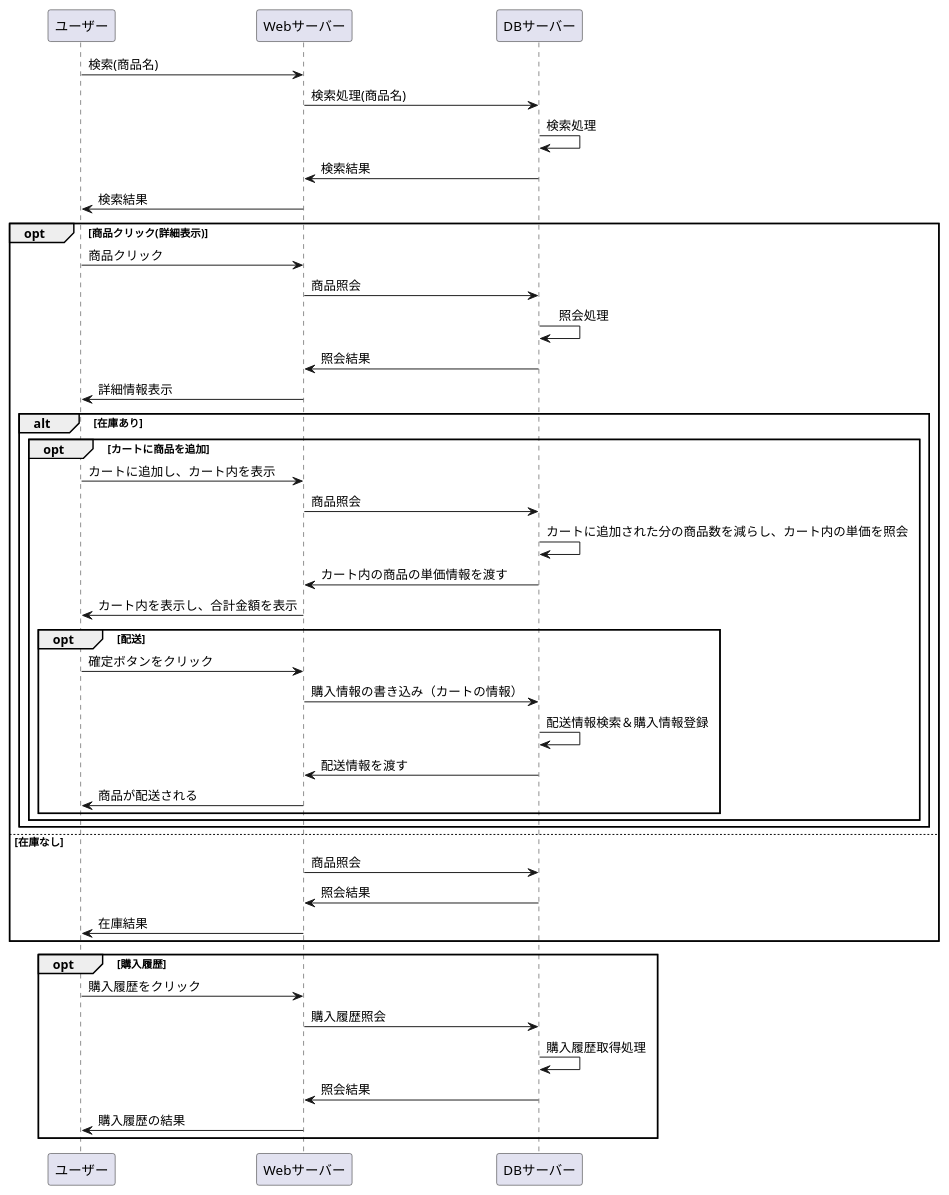
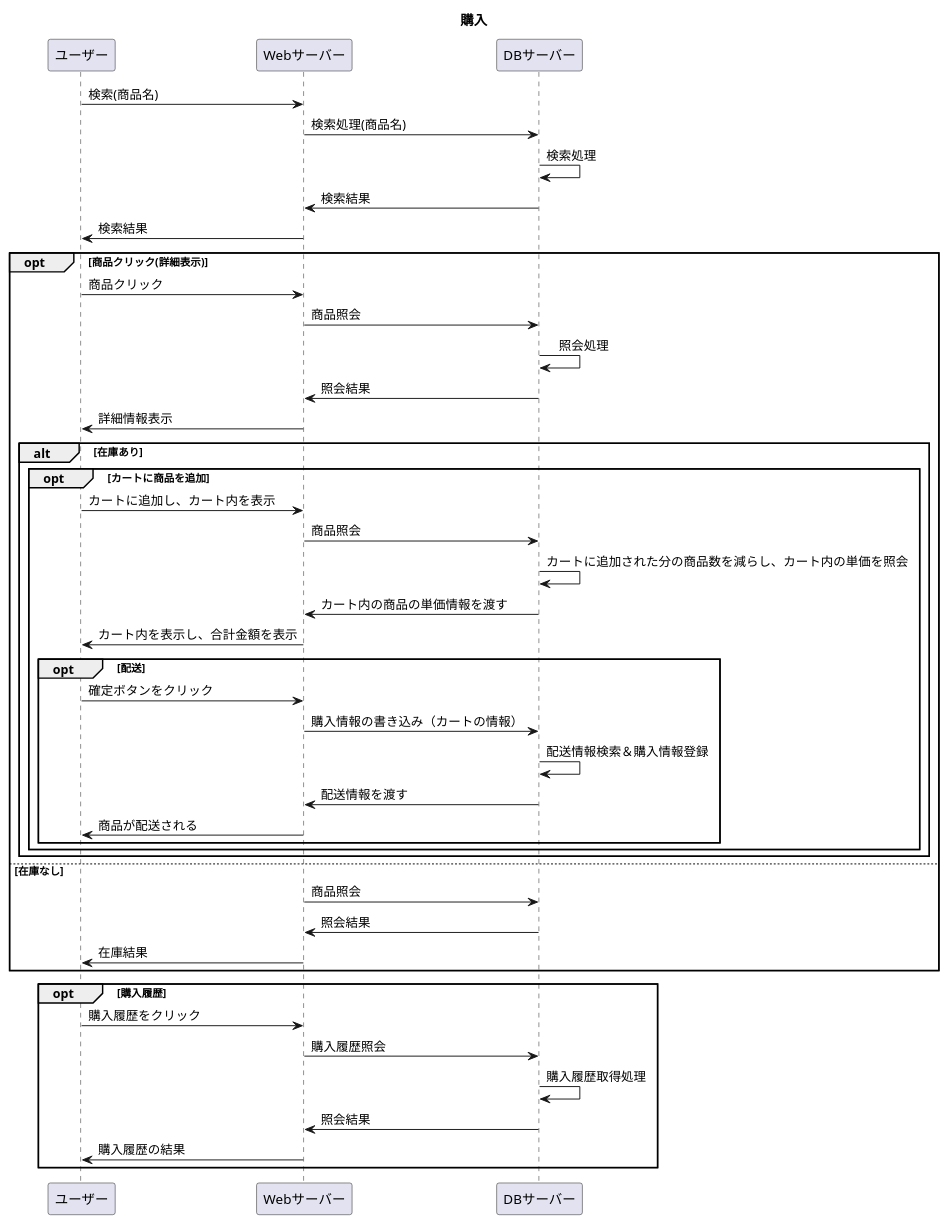
The diagram in 設計書/02_業務フロー/business-flow.md (Aso2001227/Aso-Sports-1), drawn with PlantUML before and after one commit.

`````diff
--- a/設計書/02_業務フロー/business-flow.md
+++ b/設計書/02_業務フロー/business-flow.md
@@ -1,54 +1,55 @@
 ```uml
 @startuml
+    title: 購入
     ユーザー -> Webサーバー : 検索(商品名)
     Webサーバー -> DBサーバー : 検索処理(商品名)
     DBサーバー -> DBサーバー : 検索処理
     DBサーバー -> Webサーバー : 検索結果
     Webサーバー -> ユーザー : 検索結果
     opt 商品クリック(詳細表示)
       ユーザー -> Webサーバー : 商品クリック
       Webサーバー -> DBサーバー : 商品照会
       DBサーバー -> DBサーバー : 　照会処理
       DBサーバー -> Webサーバー : 照会結果
       Webサーバー -> ユーザー : 詳細情報表示
       alt 在庫あり
         opt カートに商品を追加
           ユーザー -> Webサーバー : カートに追加し、カート内を表示
           Webサーバー -> DBサーバー : 商品照会
           DBサーバー -> DBサーバー : カートに追加された分の商品数を減らし、カート内の単価を照会
           DBサーバー -> Webサーバー :カート内の商品の単価情報を渡す
           Webサーバー -> ユーザー:カート内を表示し、合計金額を表示
           opt 配送
             ユーザー -> Webサーバー : 確定ボタンをクリック
             Webサーバー -> DBサーバー :購入情報の書き込み（カートの情報）
             DBサーバー -> DBサーバー : 配送情報検索＆購入情報登録
             DBサーバー -> Webサーバー :配送情報を渡す
             Webサーバー -> ユーザー:商品が配送される
         end
       end
 
 
 
 
 
 
 end
 else 在庫なし
 Webサーバー -> DBサーバー : 商品照会
 DBサーバー -> Webサーバー : 照会結果
 Webサーバー -> ユーザー : 在庫結果
 end
 opt 購入履歴
 ユーザー ->Webサーバー :購入履歴をクリック
 Webサーバー -> DBサーバー :購入履歴照会
 DBサーバー -> DBサーバー : 購入履歴取得処理
 DBサーバー -> Webサーバー :照会結果
 Webサーバー -> ユーザー :購入履歴の結果
 end
 
 
 
 
 
 @enduml
 ````
`````
